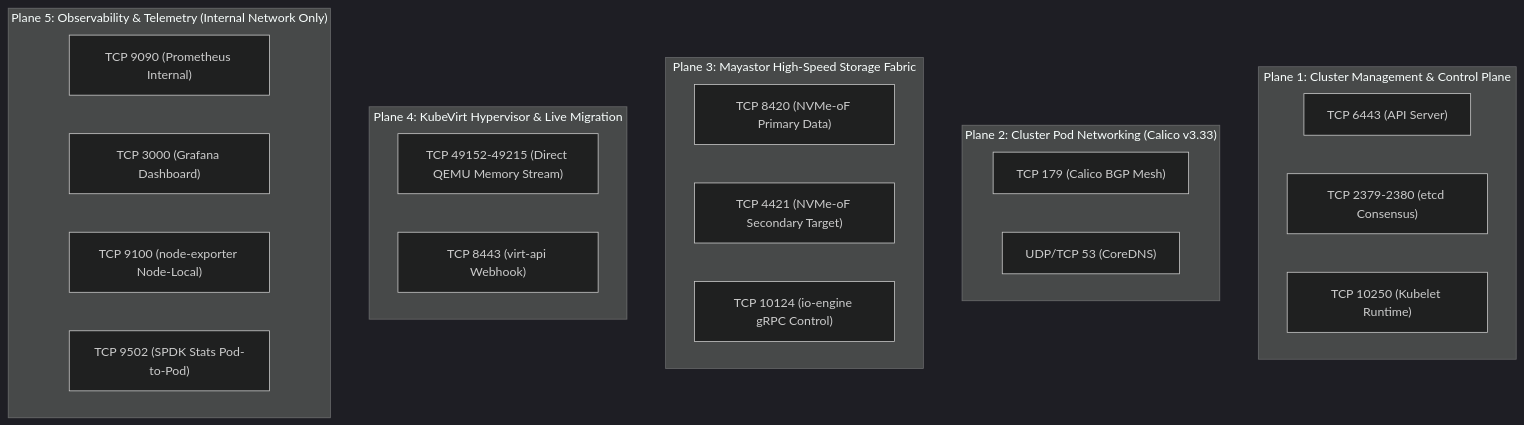
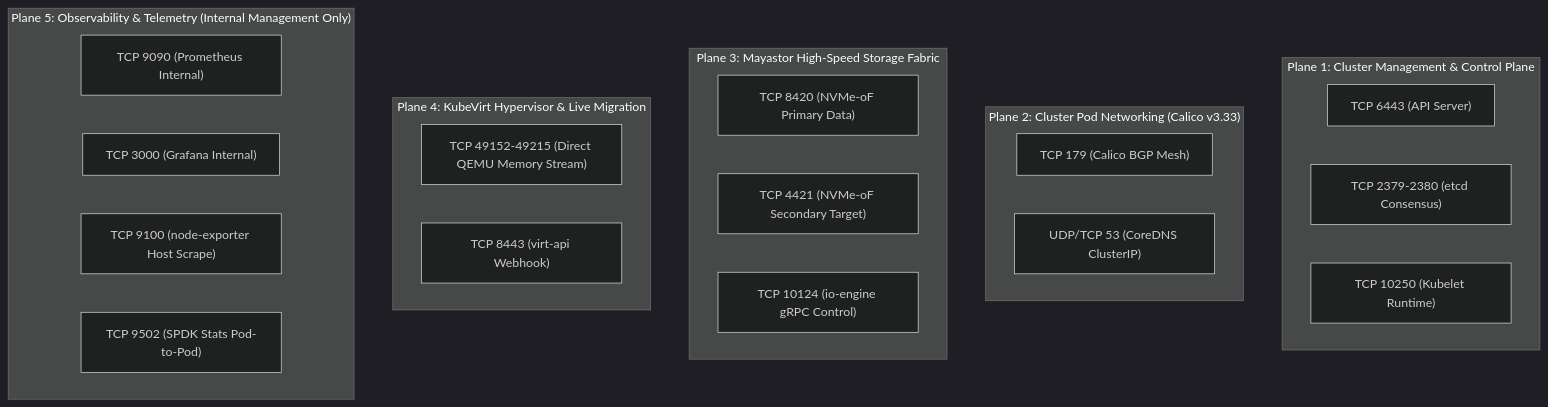
One commit to Swapnil220705/k8s-high-performance-storage changed the first of 2 diagrams in docs/network-and-virtualization-requirements.md. Above: the diagram before and after it, drawn with Mermaid (dark theme). The commit also changed other lines of this file, not shown here.

Commit message:
docs: update canonical port matrix and calculate memtotal headroom

````diff
--- a/docs/network-and-virtualization-requirements.md
+++ b/docs/network-and-virtualization-requirements.md
@@ -22,36 +22,36 @@
 ```mermaid
 flowchart TD
     subgraph ManagementPlane["Plane 1: Cluster Management & Control Plane"]
         direction LR
         APIPort["TCP 6443 (API Server)"]
         ETCDPort["TCP 2379-2380 (etcd Consensus)"]
         KubeletPort["TCP 10250 (Kubelet Runtime)"]
     end
 
     subgraph CNIPlane["Plane 2: Cluster Pod Networking (Calico v3.33)"]
         direction LR
         BGPPort["TCP 179 (Calico BGP Mesh)"]
-        DNS["UDP/TCP 53 (CoreDNS)"]
+        DNS["UDP/TCP 53 (CoreDNS ClusterIP)"]
     end
 
     subgraph StorageDataMesh["Plane 3: Mayastor High-Speed Storage Fabric"]
         direction LR
         NVMe1["TCP 8420 (NVMe-oF Primary Data)"]
         NVMe2["TCP 4421 (NVMe-oF Secondary Target)"]
         gRPC["TCP 10124 (io-engine gRPC Control)"]
     end
 
     subgraph VirtMigrationMesh["Plane 4: KubeVirt Hypervisor & Live Migration"]
         direction LR
         QEMUMig["TCP 49152-49215 (Direct QEMU Memory Stream)"]
         VirtAPI["TCP 8443 (virt-api Webhook)"]
     end
 
-    subgraph MonitoringPlane["Plane 5: Observability & Telemetry (Internal Network Only)"]
+    subgraph MonitoringPlane["Plane 5: Observability & Telemetry (Internal Management Only)"]
         direction LR
         PromPort["TCP 9090 (Prometheus Internal)"]
-        GrafPort["TCP 3000 (Grafana Dashboard)"]
-        NodeExp["TCP 9100 (node-exporter Node-Local)"]
+        GrafPort["TCP 3000 (Grafana Internal)"]
+        NodeExp["TCP 9100 (node-exporter Host Scrape)"]
         MayaExp["TCP 9502 (SPDK Stats Pod-to-Pod)"]
     end
 ```
````
